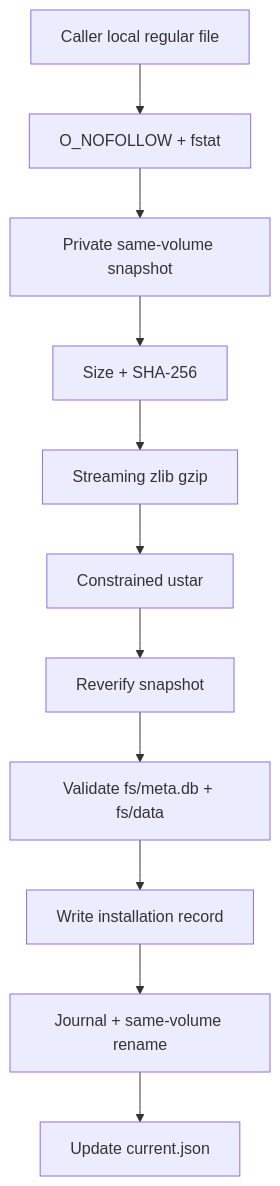
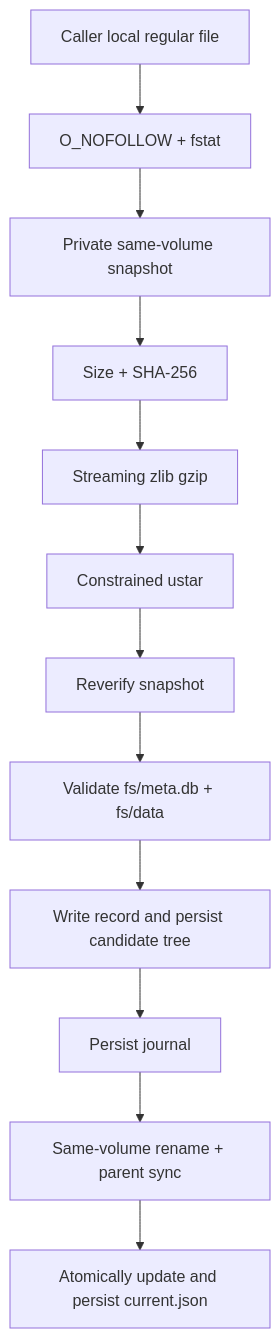
The diagram in Docs/en/RootFS.md (jacklv-coder/PocketRoot), drawn with Mermaid before and after one commit. The commit also changed other lines of this file and 16 other files, not shown here.

````diff
--- a/Docs/en/RootFS.md
+++ b/Docs/en/RootFS.md
@@ -84,13 +89,14 @@
 ```mermaid
 flowchart TD
     A["Caller local regular file"] --> B["O_NOFOLLOW + fstat"]
     B --> C["Private same-volume snapshot"]
     C --> D["Size + SHA-256"]
     D --> E["Streaming zlib gzip"]
     E --> F["Constrained ustar"]
     F --> G["Reverify snapshot"]
     G --> H["Validate fs/meta.db + fs/data"]
-    H --> I["Write installation record"]
-    I --> J["Journal + same-volume rename"]
-    J --> K["Update current.json"]
+    H --> I["Write record and persist candidate tree"]
+    I --> J["Persist journal"]
+    J --> K["Same-volume rename + parent sync"]
+    K --> L["Atomically update and persist current.json"]
 ```
````
